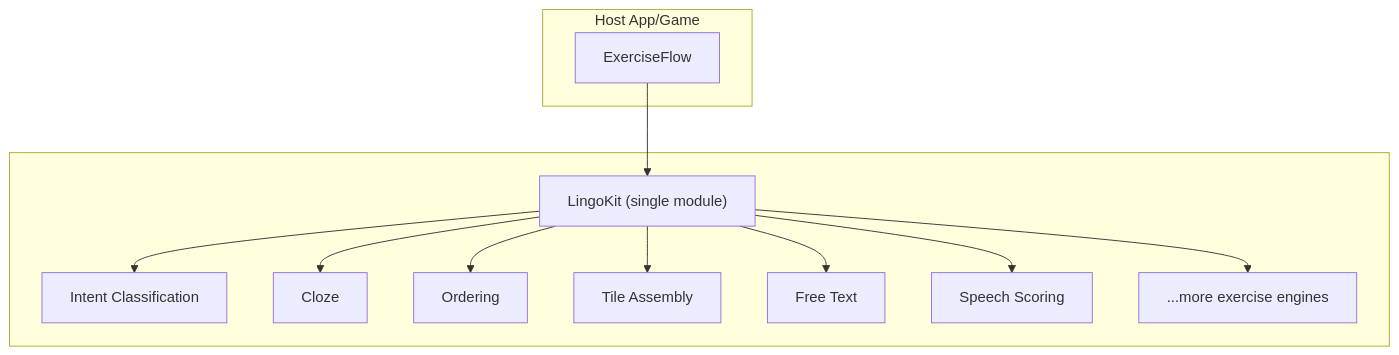
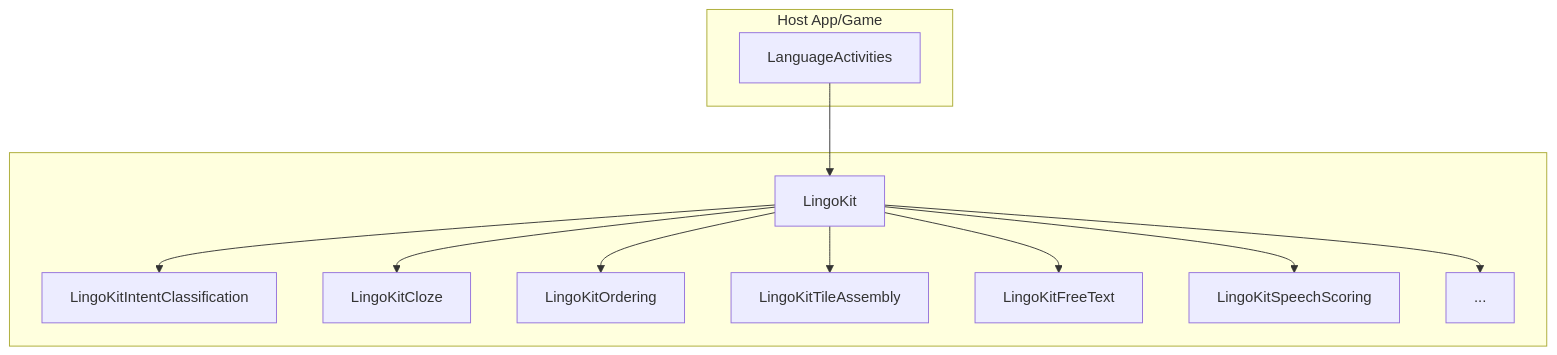
The diagram in README.md (thatfactory/lingokit), drawn with Mermaid before and after one commit. The commit also changed other lines of this file, not shown here.

````diff
--- a/README.md
+++ b/README.md
@@ -31,27 +25,28 @@
 ```mermaid
 flowchart TB
   subgraph HOST["Host App/Game"]
-    FLOW["ExerciseFlow"]
+    ACTIVITIES["LanguageActivities"]
   end
 
   subgraph LK[" "]
-    ALL["LingoKit (single module)"]
-    IC["Intent Classification"]
-    CLOZE["Cloze"]
-    ORDER["Ordering"]
-    TILES["Tile Assembly"]
-    FTXT["Free Text"]
-    SPEECH["Speech Scoring"]
-    ETC["...more exercise engines"]
+    ALL["LingoKit"]
+
+    IC["LingoKitIntentClassification"]
+    CLOZE["LingoKitCloze"]
+    ORDER["LingoKitOrdering"]
+    TILES["LingoKitTileAssembly"]
+    FTXT["LingoKitFreeText"]
+    SPEECH["LingoKitSpeechScoring"]
+    ETC["..."]
   end
 
-  FLOW --> ALL
+  ACTIVITIES --> ALL
 
   ALL --> IC
   ALL --> CLOZE
   ALL --> ORDER
   ALL --> TILES
   ALL --> FTXT
   ALL --> SPEECH
   ALL --> ETC
 ```
````
